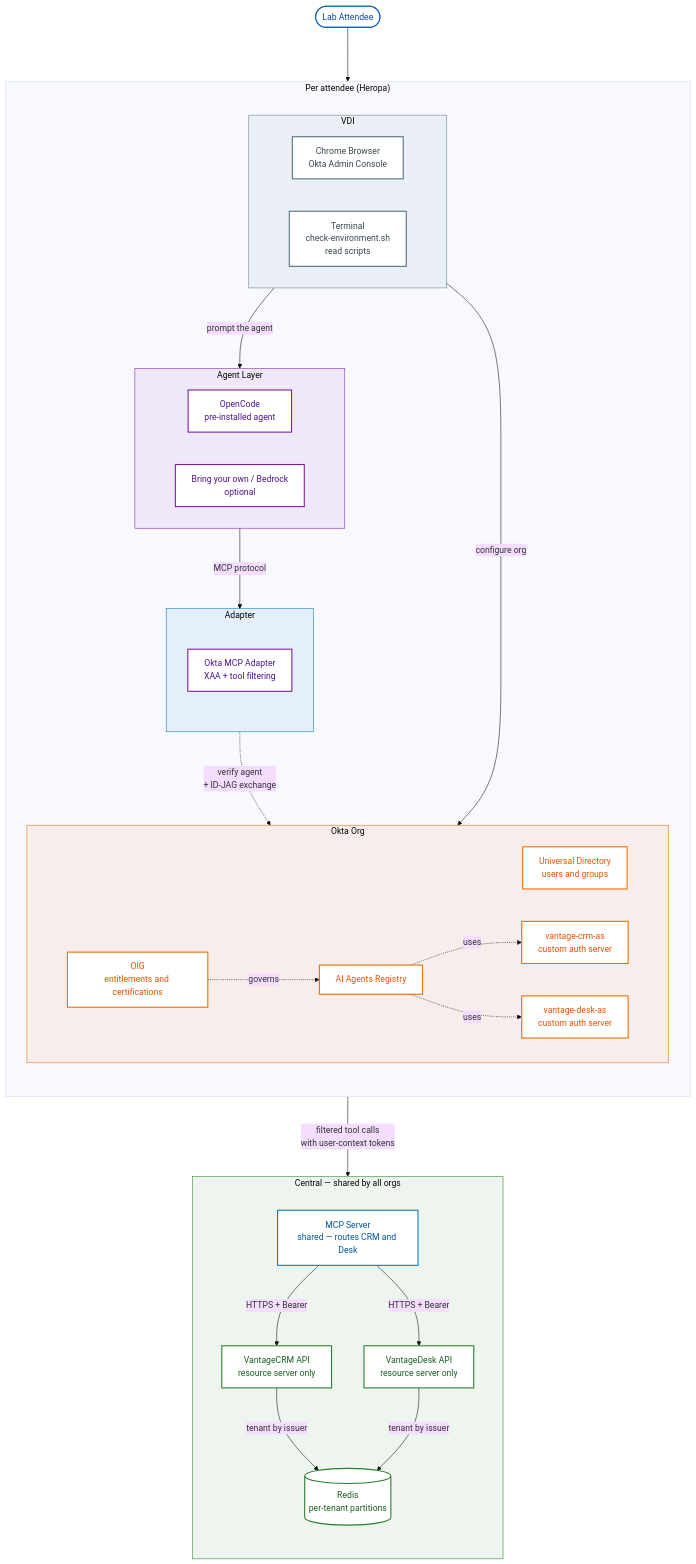
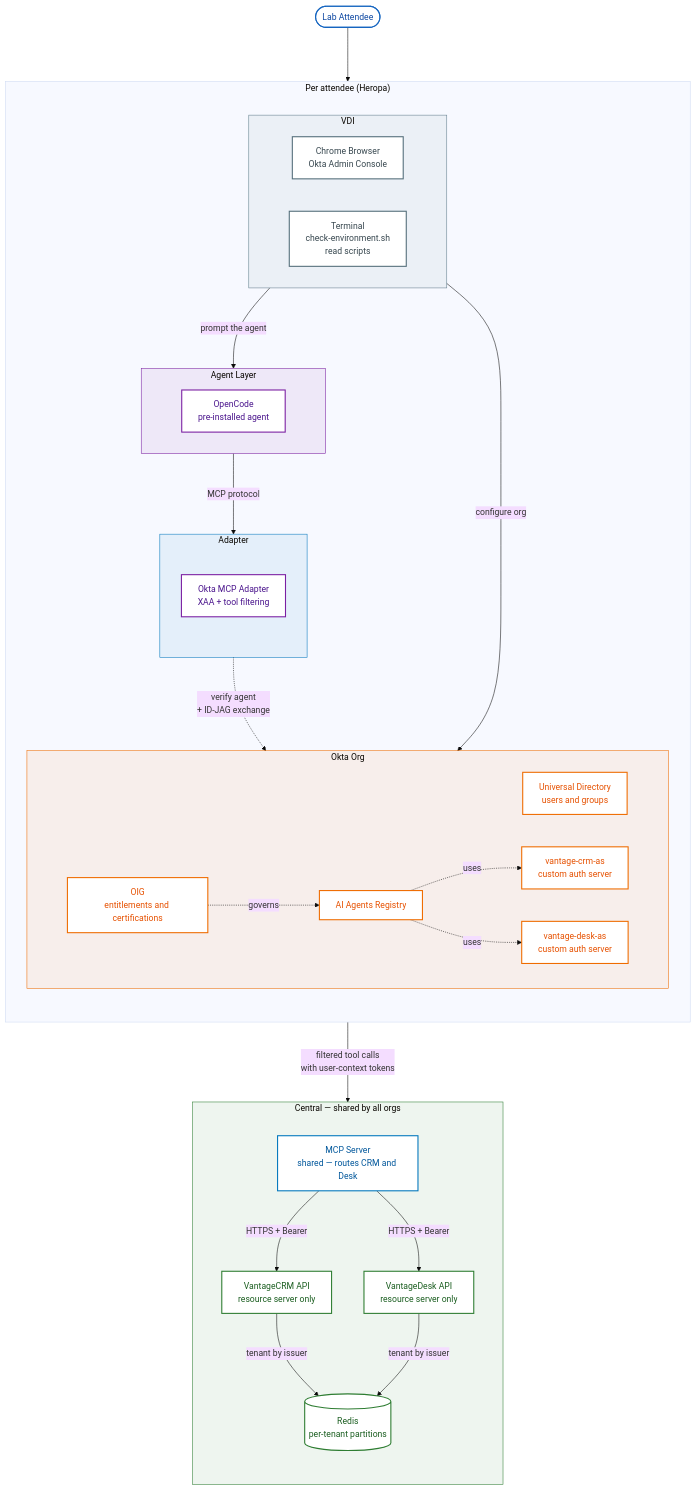
The diagram in reference/architecture-diagram-source.md (joevanhorn/04aa-tech-camp), drawn with Mermaid (base theme) before and after one commit. The commit also changed 4 other files, not shown here.

First line of the commit message:
docs: remove BYO/Bedrock agent path for V1.0

````diff
--- a/reference/architecture-diagram-source.md
+++ b/reference/architecture-diagram-source.md
@@ -21,79 +21,78 @@
 ```mermaid
 %%{init: {'flowchart': {'nodeSpacing': 60, 'rankSpacing': 100, 'curve': 'basis'}}}%%
 flowchart TB
     User([Lab Attendee])
 
     subgraph Heropa["Per attendee (Heropa)"]
         direction TB
 
         subgraph VDI["VDI"]
             direction LR
             Browser[Chrome Browser<br>Okta Admin Console]
             Terminal[Terminal<br>check-environment.sh<br>read scripts]
         end
 
         subgraph AgentLayer["Agent Layer"]
             direction LR
             OpenCode[OpenCode<br>pre-installed agent]
-            BYO[Bring your own / Bedrock<br>optional]
         end
 
         subgraph Edge["Adapter"]
             direction TB
             Adapter[Okta MCP Adapter<br>XAA + tool filtering]
         end
 
         subgraph Okta["Okta Org"]
             direction LR
             UD[Universal Directory<br>users and groups]
             AIRegistry[AI Agents Registry]
             CRMAS[vantage-crm-as<br>custom auth server]
             DeskAS[vantage-desk-as<br>custom auth server]
             OIG[OIG<br>entitlements and certifications]
         end
     end
 
     subgraph Central["Central — shared by all orgs"]
         direction TB
         MCP[MCP Server<br>shared — routes CRM and Desk]
         CRM[VantageCRM API<br>resource server only]
         Desk[VantageDesk API<br>resource server only]
         Redis[(Redis<br>per-tenant partitions)]
     end
 
     User --> Browser
     Browser -->|configure org| Okta
     Browser -->|prompt the agent| AgentLayer
 
     AgentLayer -->|MCP protocol| Adapter
     Adapter -.verify agent<br>+ ID-JAG exchange.-> AIRegistry
     Adapter -->|filtered tool calls<br>with user-context tokens| MCP
     MCP -->|HTTPS + Bearer| CRM
     MCP -->|HTTPS + Bearer| Desk
     CRM -->|tenant by issuer| Redis
     Desk -->|tenant by issuer| Redis
 
     OIG -.governs.-> AIRegistry
     AIRegistry -.uses.-> CRMAS
     AIRegistry -.uses.-> DeskAS
 
     classDef trigger fill:#ffffff,stroke:#1565c0,stroke-width:2px,color:#0d47a1
     classDef infra fill:#ffffff,stroke:#546e7a,stroke-width:2px,color:#37474f
     classDef oktaCore fill:#ffffff,stroke:#ef6c00,stroke-width:2px,color:#e65100
     classDef workflow fill:#ffffff,stroke:#7b1fa2,stroke-width:2px,color:#4a148c
     classDef action fill:#ffffff,stroke:#0277bd,stroke-width:2px,color:#01579b
     classDef governance fill:#ffffff,stroke:#2e7d32,stroke-width:2px,color:#1b5e20
 
     class User trigger
     class Browser,Terminal infra
-    class OpenCode,BYO,Adapter workflow
+    class OpenCode,Adapter workflow
     class MCP action
     class CRM,Desk,Redis governance
     class UD,AIRegistry,CRMAS,DeskAS,OIG oktaCore
 
     style VDI fill:#607d8b14,stroke:#607d8b,stroke-width:1px
     style AgentLayer fill:#7b1fa214,stroke:#7b1fa2,stroke-width:1px
     style Edge fill:#0277bd14,stroke:#0277bd,stroke-width:1px
     style Okta fill:#ef6c0014,stroke:#ef6c00,stroke-width:1px
     style Central fill:#2e7d3214,stroke:#2e7d32,stroke-width:1px
 ```
````
